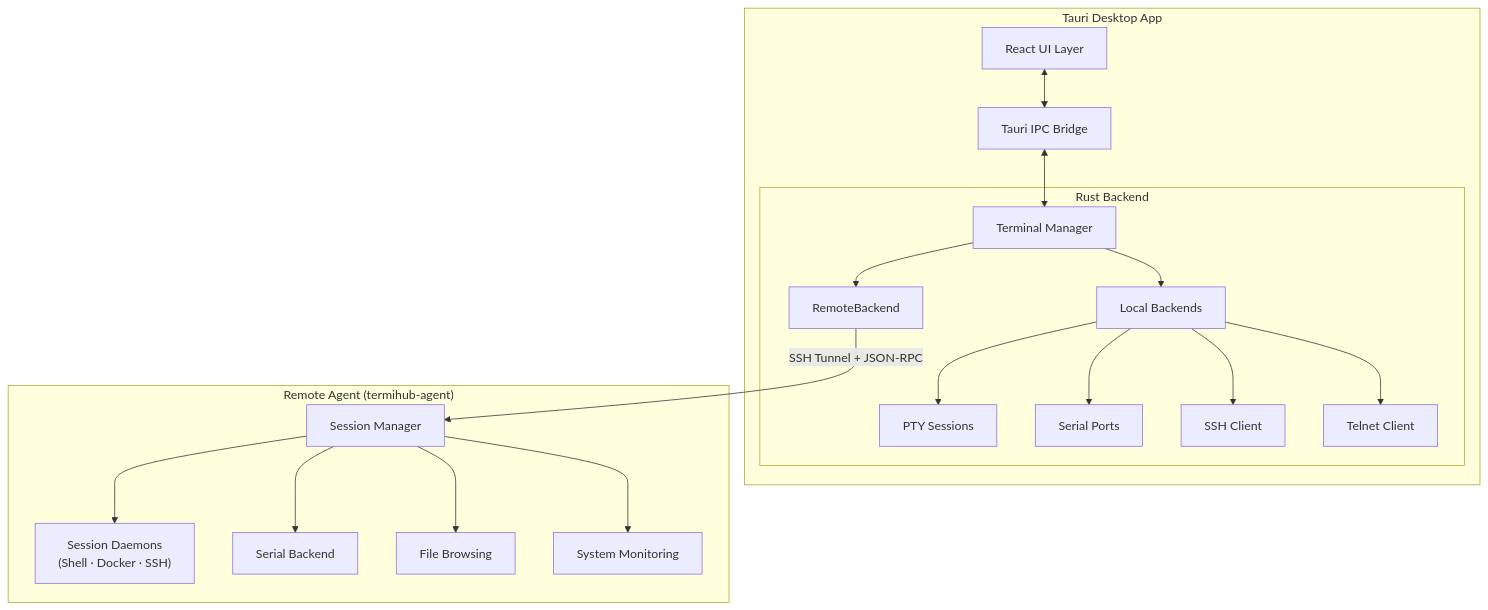
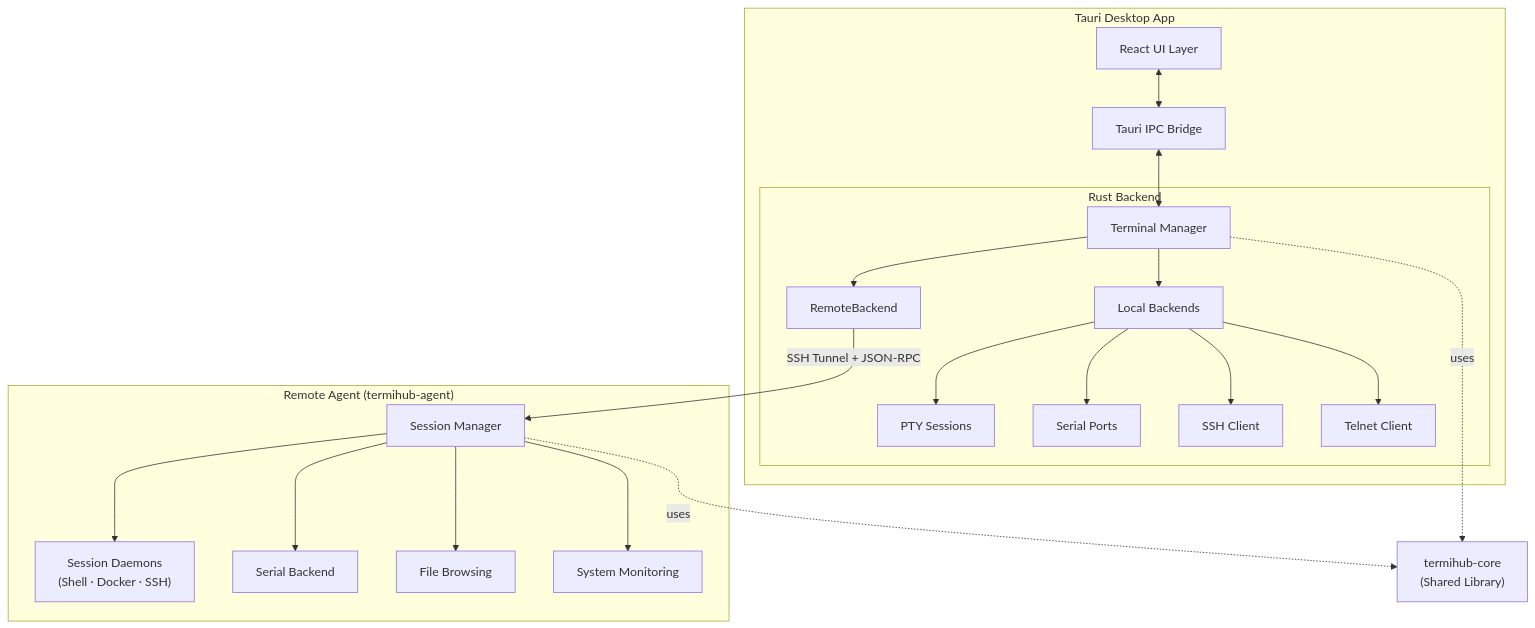
One commit to armaxri/termiHub changed the third of 17 diagrams in docs/architecture.md. Above: the diagram before and after it, drawn with Mermaid. The commit also changed other lines of this file and 4 other files, not shown here.

First line of the commit message:
docs: add termihub-core to project structure and architecture docs (#317)

````diff
--- a/docs/architecture.md
+++ b/docs/architecture.md
@@ -188,33 +188,38 @@
 ```mermaid
 graph TB
     subgraph "Tauri Desktop App"
         UI[React UI Layer]
         IPC[Tauri IPC Bridge]
 
         subgraph "Rust Backend"
             TM[Terminal Manager]
             LB[Local Backends]
             RB[RemoteBackend]
 
             LB --> PTY[PTY Sessions]
             LB --> SERIAL[Serial Ports]
             LB --> SSH[SSH Client]
             LB --> TELNET[Telnet Client]
         end
     end
 
+    CORE["termihub-core<br/>(Shared Library)"]
+
     subgraph "Remote Agent (termihub-agent)"
         SM[Session Manager]
         SM --> DAEMONS["Session Daemons<br/>(Shell · Docker · SSH)"]
         SM --> SERIAL_B[Serial Backend]
         SM --> FILES[File Browsing]
         SM --> MON[System Monitoring]
     end
 
     UI <--> IPC
     IPC <--> TM
     TM --> LB
     TM --> RB
 
     RB -->|SSH Tunnel + JSON-RPC| SM
+
+    TM -.->|uses| CORE
+    SM -.->|uses| CORE
 ```
````
